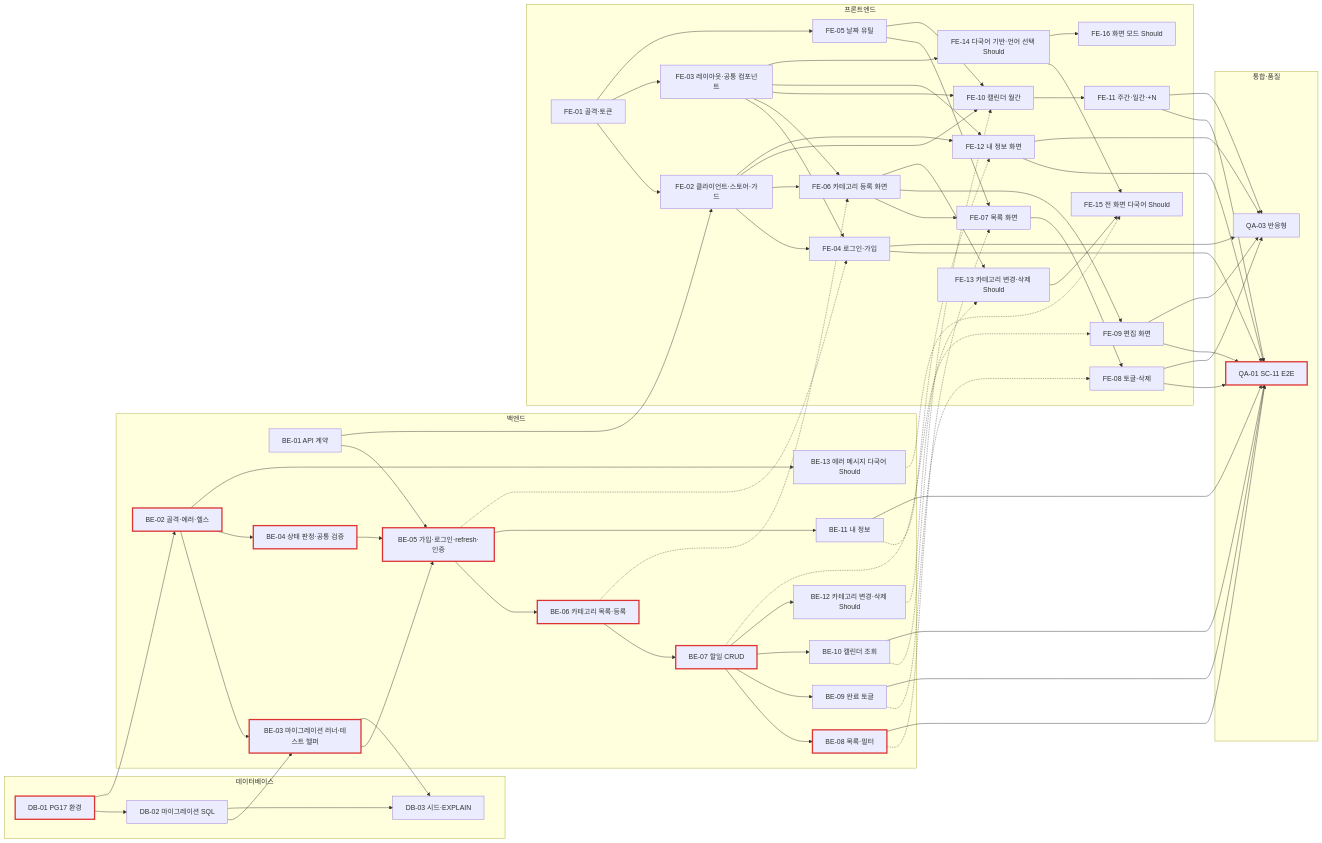
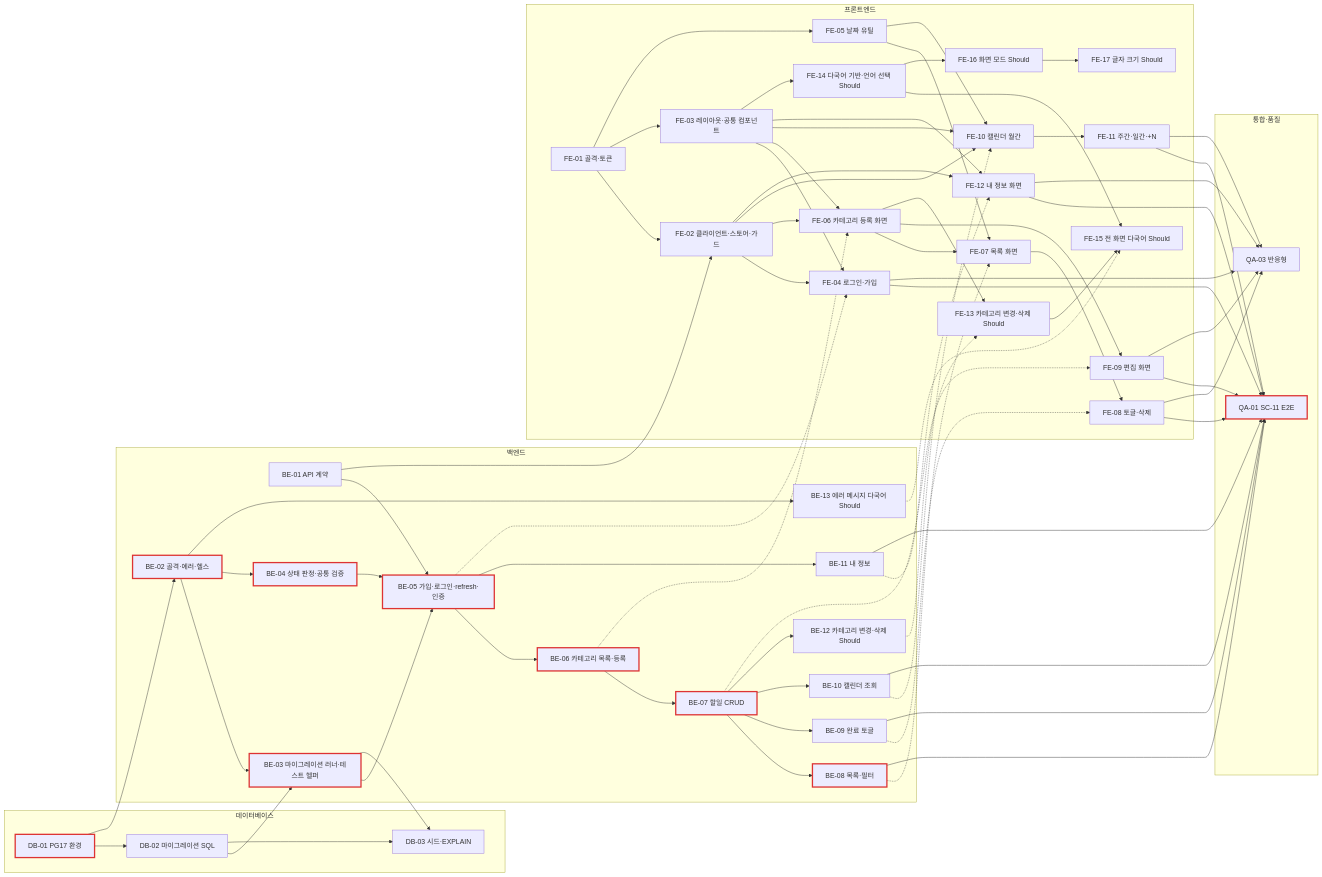
One commit to chaenamo/todolist-app changed the diagram in docs/8-plan.md. Above: the diagram before and after it, drawn with Mermaid. The commit also changed other lines of this file and 14 other files, not shown here.

```diff
--- a/docs/8-plan.md
+++ b/docs/8-plan.md
@@ -164,6 +167,7 @@
         FE14["FE-14 다국어 기반·언어 선택 Should"]
         FE15["FE-15 전 화면 다국어 Should"]
         FE16["FE-16 화면 모드 Should"]
+        FE17["FE-17 글자 크기 Should"]
     end
     subgraph QAL["통합·품질"]
         QA01["QA-01 SC-11 E2E"]
@@ -219,6 +223,7 @@
     FE13 --> FE15
     BE13 -.-> FE15
     FE14 --> FE16
+    FE16 --> FE17
 
     BE08 --> QA01
     BE09 --> QA01
```
